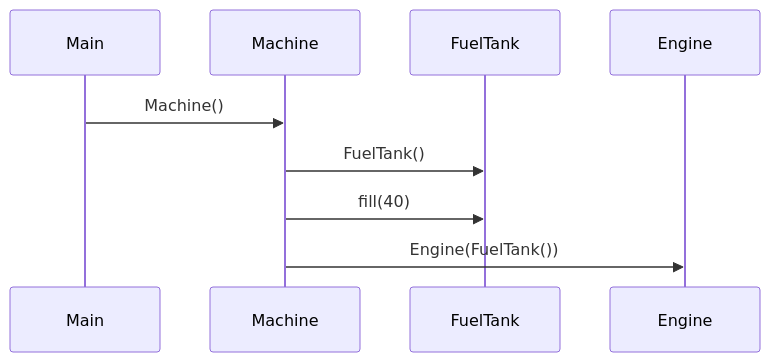
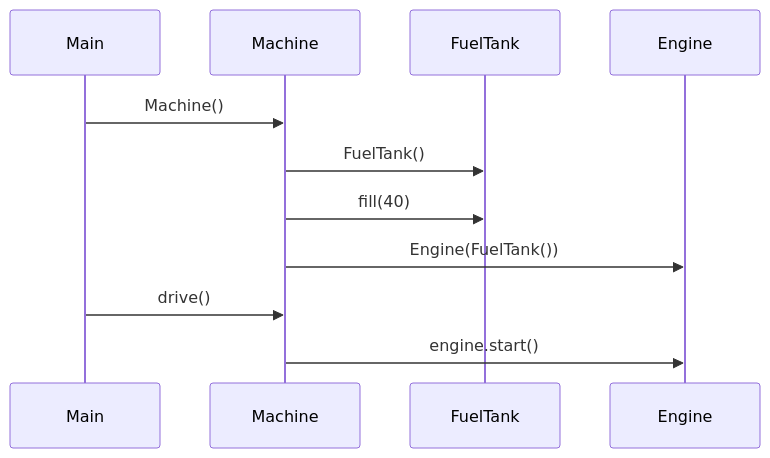
The diagram in laskarit/viikko3/sekvenssikaavio.md (phuvio/ot-harjoitustyo), drawn with Mermaid before and after one commit.

````diff
--- a/laskarit/viikko3/sekvenssikaavio.md
+++ b/laskarit/viikko3/sekvenssikaavio.md
@@ -3,11 +3,14 @@
 ```mermaid
  sequenceDiagram
    participant P as Main
    participant M as Machine
    participant F as FuelTank
    participant E as Engine
    P->>M: Machine()
    M->>F: FuelTank()
    M->>F: fill(40)
    M->>E: Engine(FuelTank())
+   P->>M: drive()
+   M->>E: engine.start()
+   
 ```
````
